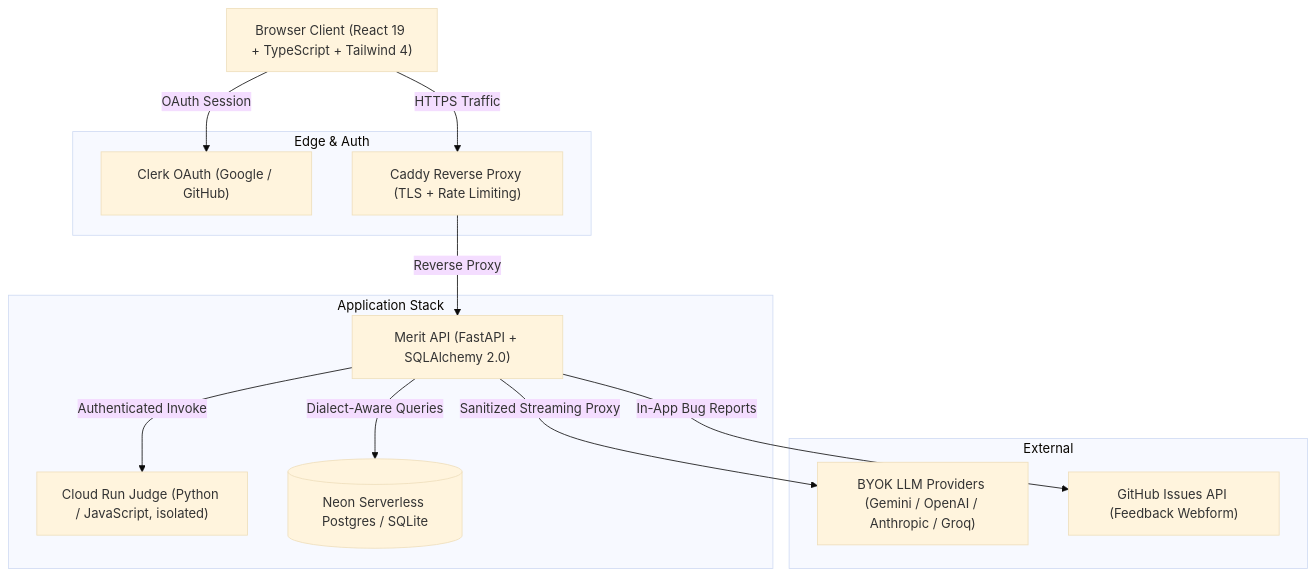
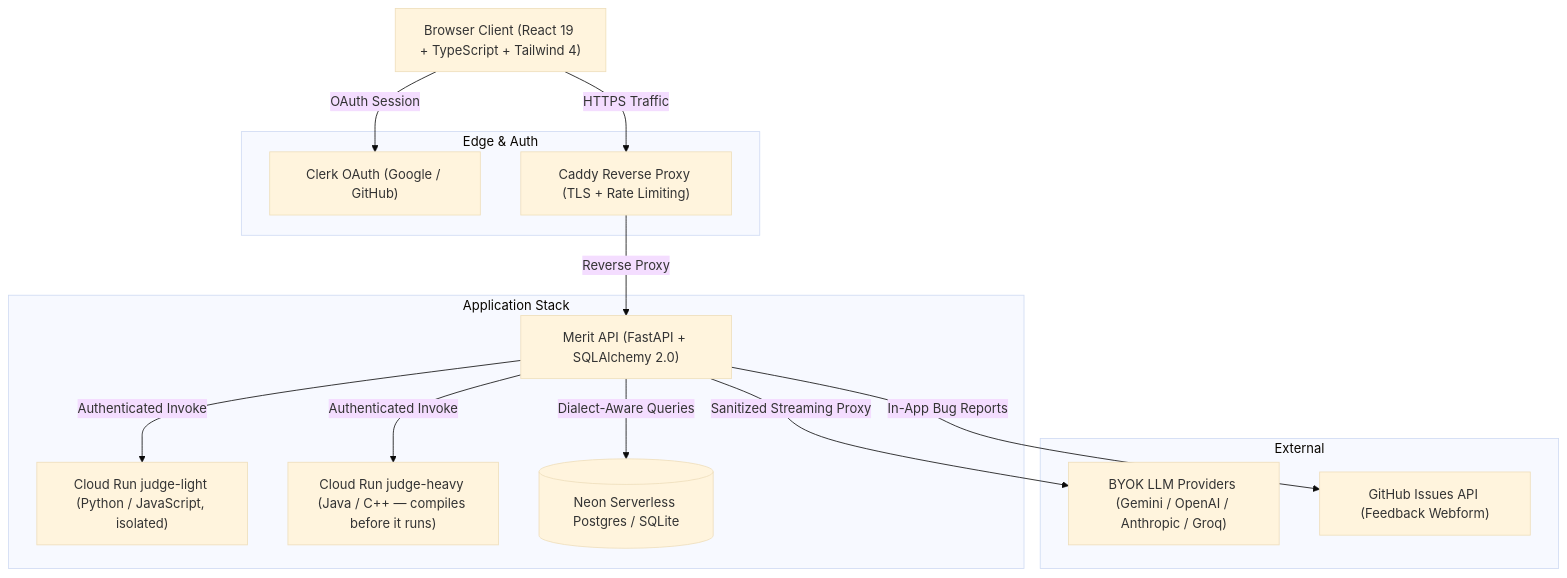
The diagram in README.md (abhigyan-chatterjee/merit), drawn with Mermaid (base theme) before and after one commit. The commit also changed other lines of this file and 16 other files, not shown here.

Commit message:
feat(api,judge): add Java and C++ execution routing to Cloud Run heavy tier

````diff
--- a/README.md
+++ b/README.md
@@ -19,28 +19,30 @@
 ```mermaid
 graph TD
     Client["Browser Client (React 19 + TypeScript + Tailwind 4)"]
     
     subgraph Edge & Auth
         Clerk["Clerk OAuth (Google / GitHub)"]
         Caddy["Caddy Reverse Proxy (TLS + Rate Limiting)"]
     end
     
     subgraph Application Stack
         API["Merit API (FastAPI + SQLAlchemy 2.0)"]
-        Judge["Cloud Run Judge (Python / JavaScript, isolated)"]
+        JudgeLight["Cloud Run judge-light (Python / JavaScript, isolated)"]
+        JudgeHeavy["Cloud Run judge-heavy (Java / C++ — compiles before it runs)"]
         DB[(Neon Serverless Postgres / SQLite)]
     end
     
     subgraph External
         LLM["BYOK LLM Providers (Gemini / OpenAI / Anthropic / Groq)"]
         GitHubAPI["GitHub Issues API (Feedback Webform)"]
     end
 
     Client -->|OAuth Session| Clerk
     Client -->|HTTPS Traffic| Caddy
     Caddy -->|Reverse Proxy| API
     API -->|Dialect-Aware Queries| DB
-    API -->|Authenticated Invoke| Judge
+    API -->|Authenticated Invoke| JudgeLight
+    API -->|Authenticated Invoke| JudgeHeavy
     API -->|Sanitized Streaming Proxy| LLM
     API -->|In-App Bug Reports| GitHubAPI
 ```
````
